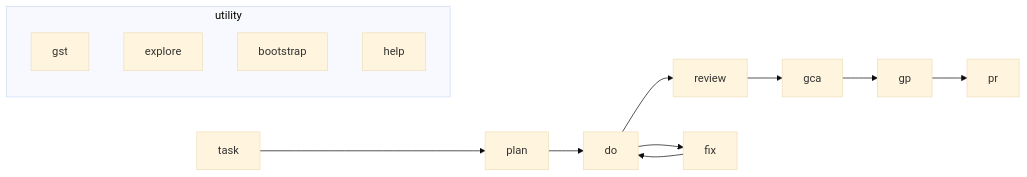
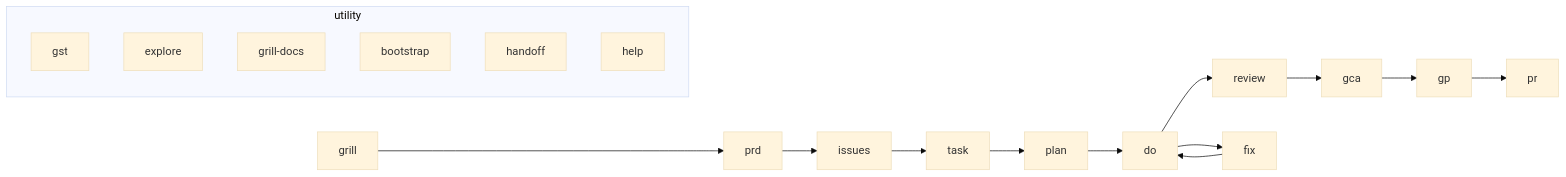
Before and after one commit to yokeloop/yoke: the diagram in README.md, drawn with Mermaid (base theme). The commit also changed other lines of this file and 7 other files, not shown here.

Commit message:
docs: document new skills (grill, grill-docs, prd, issues, handoff)

````diff
--- a/README.md
+++ b/README.md
@@ -3,12 +3,15 @@
 ```mermaid
 flowchart LR
+  grill --> prd --> issues --> task
   task --> plan --> do --> review --> gca --> gp --> pr
   do --> fix
   fix --> do
   subgraph utility
     gst
     explore
+    grill-docs
     bootstrap
+    handoff
     help
   end
 ```
````
